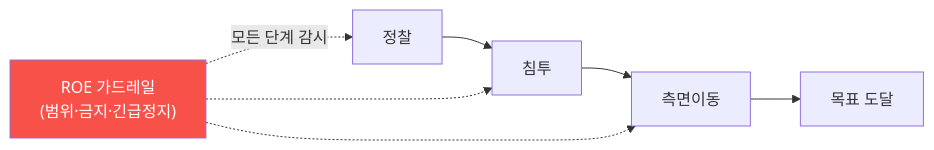
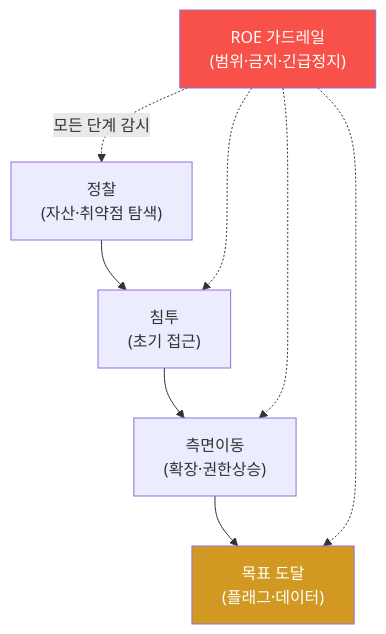
The diagram in contents/training/autonomous-security/lecture_week12.md (mrgrit/tw2), drawn with Mermaid before and after one commit. The commit also changed other lines of this file and 2 other files, not shown here.

````diff
--- a/contents/training/autonomous-security/lecture_week12.md
+++ b/contents/training/autonomous-security/lecture_week12.md
@@ -55,10 +57,12 @@
 ```mermaid
-graph LR
-    R["정찰"] --> E["침투"]
-    E --> L["측면이동"]
-    L --> O["목표 도달"]
-    G["ROE 가드레일<br/>(범위·금지·긴급정지)"] -.모든 단계 감시.-> R
+graph TD
+    R["정찰<br/>(자산·취약점 탐색)"] --> E["침투<br/>(초기 접근)"]
+    E --> L["측면이동<br/>(확장·권한상승)"]
+    L --> O["목표 도달<br/>(플래그·데이터)"]
+    G["ROE 가드레일<br/>(범위·금지·긴급정지)"] -. "모든 단계 감시" .-> R
     G -.-> E
     G -.-> L
+    G -.-> O
     style G fill:#f85149,color:#fff
+    style O fill:#d29922,color:#fff
 ```
````
